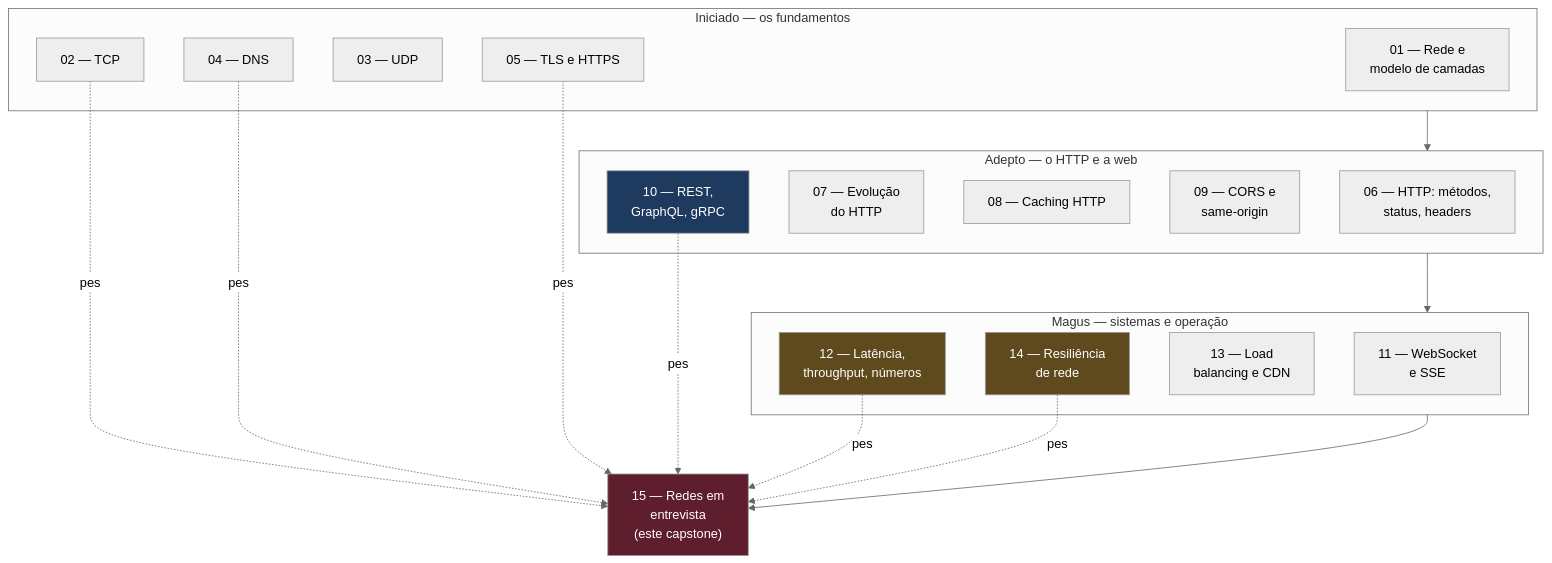
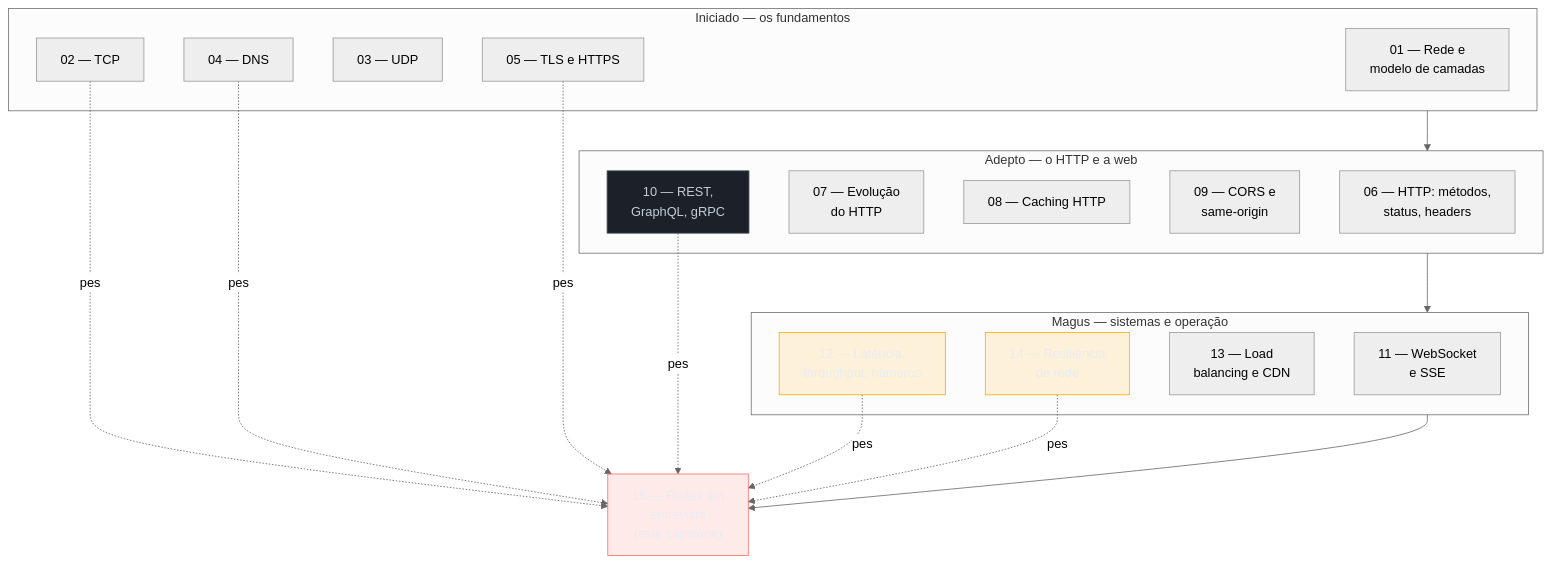
Before and after one commit to josenaldo/codex-technomanticus: the fourth of 4 diagrams in 03-Dominios/Ciência/Redes e Protocolos/15 - Redes em entrevista.md, drawn with Mermaid (neutral theme). The commit also changed other lines of this file and 1181 other files, not shown here.

First line of the commit message:
fix(diagramas): paleta do sistema no lugar de cor cravada no markdown

````diff
--- a/03-Dominios/Ciência/Redes e Protocolos/15 - Redes em entrevista.md
+++ b/03-Dominios/Ciência/Redes e Protocolos/15 - Redes em entrevista.md
@@ -264,37 +271,40 @@
 ```mermaid
 flowchart TD
+    classDef falha fill:#FF6B6B24,stroke:#FF6B6B,color:#E9ECF2
+    classDef destaque fill:#FFAA0024,stroke:#FFAA00,color:#E9ECF2
+    classDef neutro fill:#1B2029,stroke:#4E5666,color:#C6CCD8
     subgraph INI["Iniciado — os fundamentos"]
         N01["01 — Rede e<br/>modelo de camadas"]
         N02["02 — TCP"]
         N03["03 — UDP"]
         N04["04 — DNS"]
         N05["05 — TLS e HTTPS"]
     end
     subgraph ADE["Adepto — o HTTP e a web"]
         N06["06 — HTTP: métodos,<br/>status, headers"]
         N07["07 — Evolução<br/>do HTTP"]
         N08["08 — Caching HTTP"]
         N09["09 — CORS e<br/>same-origin"]
         N10["10 — REST,<br/>GraphQL, gRPC"]
     end
     subgraph MAG["Magus — sistemas e operação"]
         N11["11 — WebSocket<br/>e SSE"]
         N12["12 — Latência,<br/>throughput, números"]
         N13["13 — Load<br/>balancing e CDN"]
         N14["14 — Resiliência<br/>de rede"]
     end
 
     INI --> ADE --> MAG --> CAP["15 — Redes em<br/>entrevista<br/>(este capstone)"]
 
     N02 -.peso.-> CAP
     N04 -.peso.-> CAP
     N05 -.peso.-> CAP
     N10 -.peso.-> CAP
     N12 -.peso.-> CAP
     N14 -.peso.-> CAP
 
-    style CAP fill:#5f1e2e,color:#fff
-    style N12 fill:#5f4a1e,color:#fff
-    style N14 fill:#5f4a1e,color:#fff
-    style N10 fill:#1e3a5f,color:#fff
+    class CAP falha
+    class N12 destaque
+    class N14 destaque
+    class N10 neutro
 ```
````
